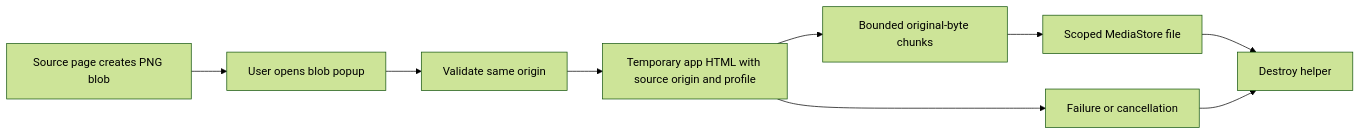
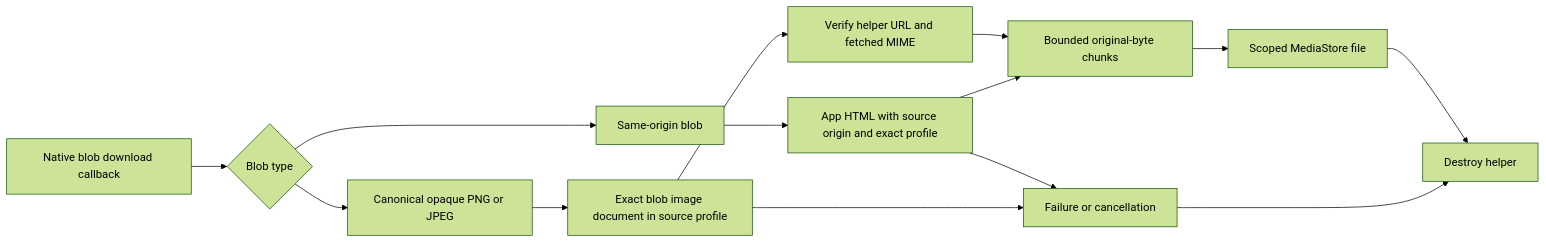
One commit to sk2andy/candy-browser changed the diagram in docs/audits/issue-248-system-webview-blob-csp.md. Above: the diagram before and after it, drawn with Mermaid (forest theme). The commit also changed other lines of this file and 6 other files, not shown here.

First line of the commit message:
fix(systemwebview): Download opaque Gemini images natively

````diff
--- a/docs/audits/issue-248-system-webview-blob-csp.md
+++ b/docs/audits/issue-248-system-webview-blob-csp.md
@@ -79,11 +83,16 @@
 ```mermaid
 flowchart LR
-    A[Source page creates PNG blob] --> B[User opens blob popup]
-    B --> C[Validate same origin]
-    C --> D[Temporary app HTML with source origin and profile]
-    D --> E[Bounded original-byte chunks]
+    A[Native blob download callback] --> B{Blob type}
+    B --> C[Same-origin blob]
+    C --> D[App HTML with source origin and exact profile]
+    B --> H[Canonical opaque PNG or JPEG]
+    H --> I[Exact blob image document in source profile]
+    I --> J[Verify helper URL and fetched MIME]
+    J --> E[Bounded original-byte chunks]
+    D --> E
     E --> F[Scoped MediaStore file]
     F --> G[Destroy helper]
-    D --> H[Failure or cancellation]
-    H --> G
+    D --> K[Failure or cancellation]
+    I --> K
+    K --> G
 ```
````
